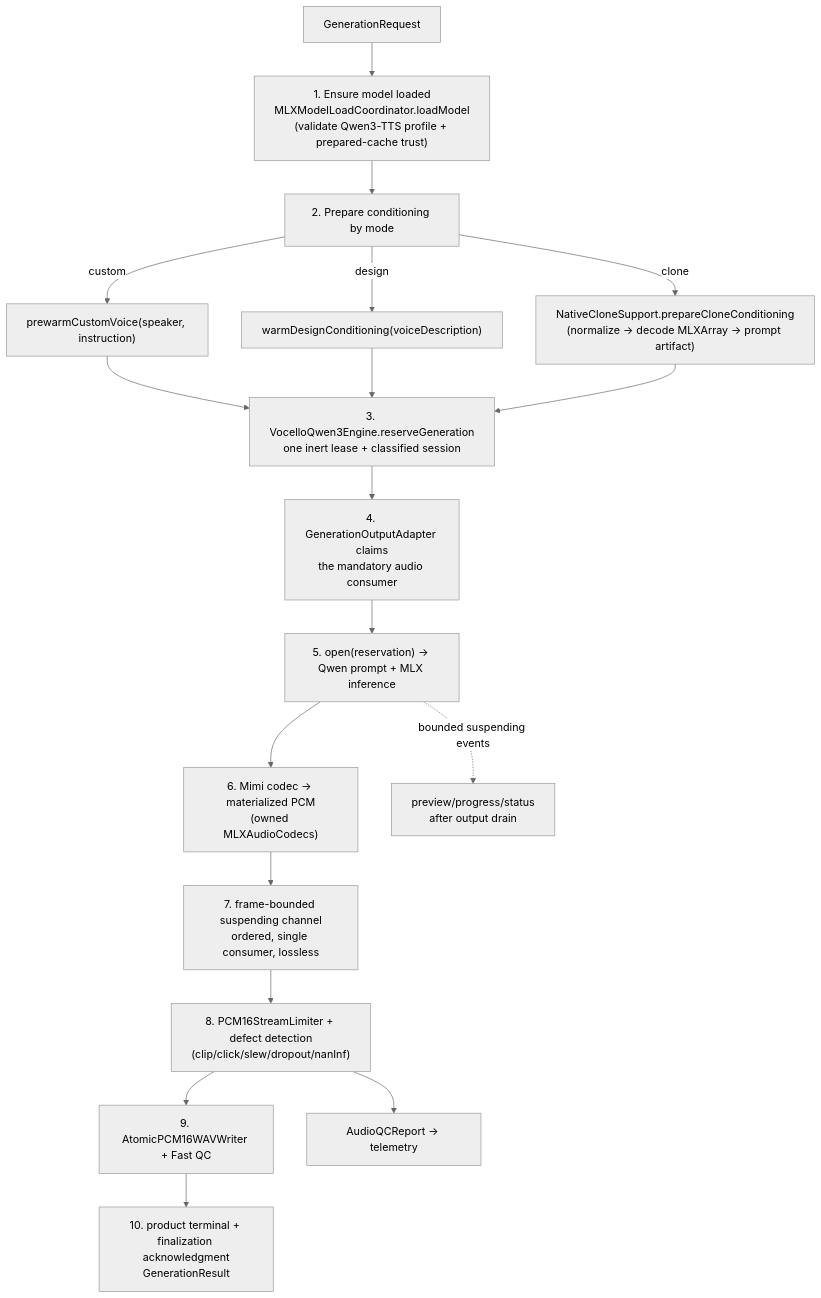
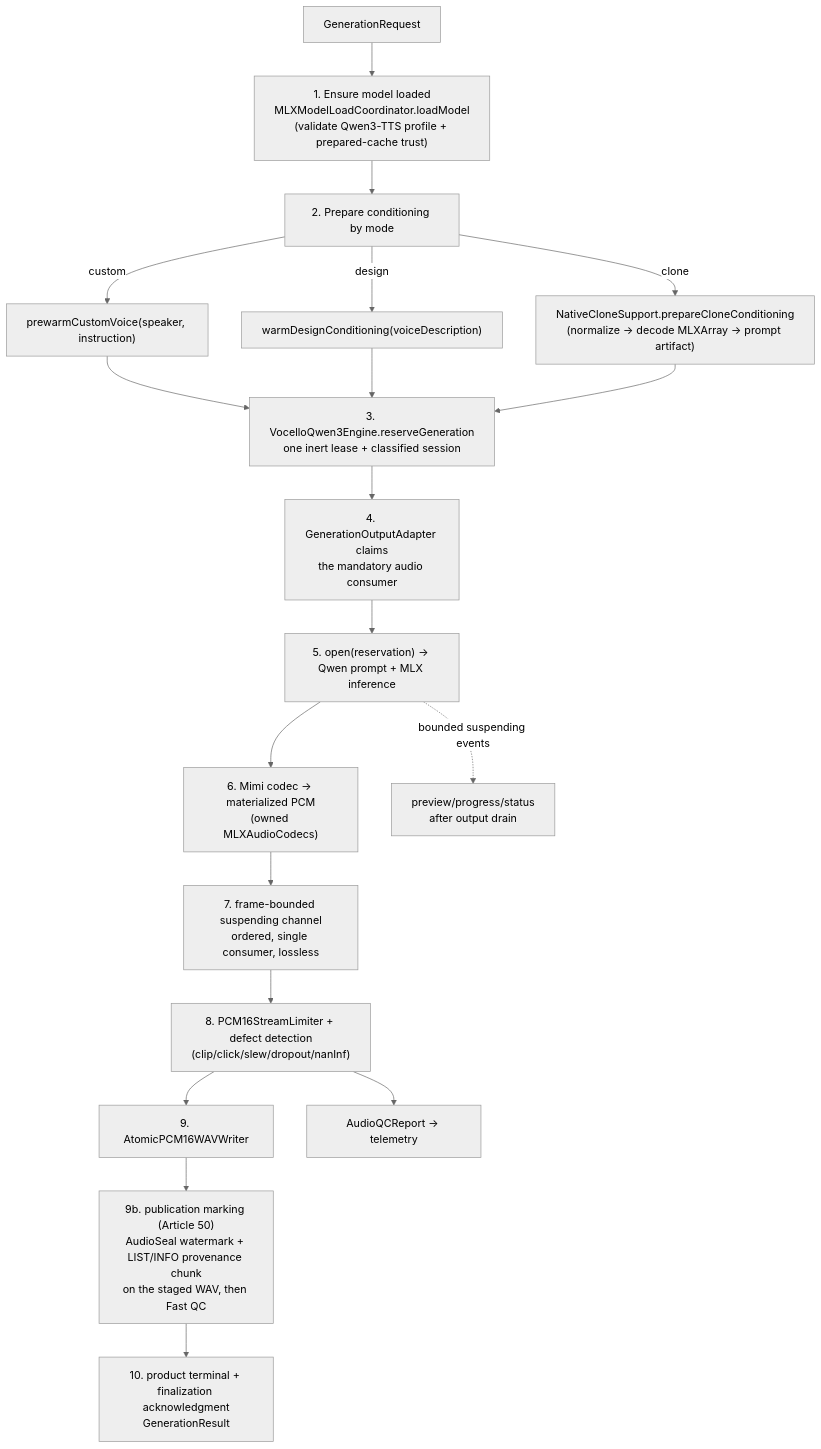
Before and after one commit to PowerBeef/Vocello: the third of 5 diagrams in docs/ARCHITECTURE.md, drawn with Mermaid (neutral theme). The commit also changed other lines of this file and 28 other files, not shown here.

````diff
--- a/docs/ARCHITECTURE.md
+++ b/docs/ARCHITECTURE.md
@@ -314,20 +314,21 @@
 ```mermaid
 flowchart TD
     Req["GenerationRequest"] --> Ensure["1. Ensure model loaded<br/>MLXModelLoadCoordinator.loadModel<br/>(validate Qwen3-TTS profile + prepared-cache trust)"]
     Ensure --> Cond["2. Prepare conditioning by mode"]
     Cond -->|"custom"| CW["prewarmCustomVoice(speaker, instruction)"]
     Cond -->|"design"| DW["warmDesignConditioning(voiceDescription)"]
     Cond -->|"clone"| CL["NativeCloneSupport.prepareCloneConditioning<br/>(normalize → decode MLXArray → prompt artifact)"]
     CW --> Reserve
     DW --> Reserve
     CL --> Reserve
     Reserve["3. VocelloQwen3Engine.reserveGeneration<br/>one inert lease + classified session"] --> Bind["4. GenerationOutputAdapter claims<br/>the mandatory audio consumer"]
     Bind --> Open["5. open(reservation) → Qwen prompt + MLX inference"]
     Open --> Codec["6. Mimi codec → materialized PCM<br/>(owned MLXAudioCodecs)"]
     Codec --> Channel["7. frame-bounded suspending channel<br/>ordered, single consumer, lossless"]
     Channel --> Lim["8. PCM16StreamLimiter + defect detection<br/>(clip/click/slew/dropout/nanInf)"]
-    Lim --> WAV["9. AtomicPCM16WAVWriter + Fast QC"]
-    WAV --> Out["10. product terminal + finalization acknowledgment<br/>GenerationResult"]
+    Lim --> WAV["9. AtomicPCM16WAVWriter"]
+    WAV --> Mark["9b. publication marking (Article 50)<br/>AudioSeal watermark + LIST/INFO provenance chunk<br/>on the staged WAV, then Fast QC"]
+    Mark --> Out["10. product terminal + finalization acknowledgment<br/>GenerationResult"]
     Open -.->|"bounded suspending events"| Ev["preview/progress/status<br/>after output drain"]
     Lim --> QC["AudioQCReport → telemetry"]
 ```
````
